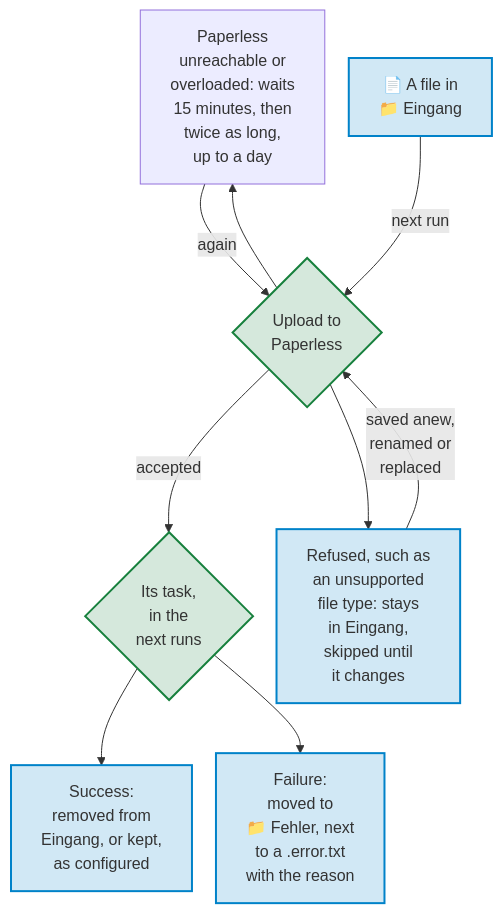
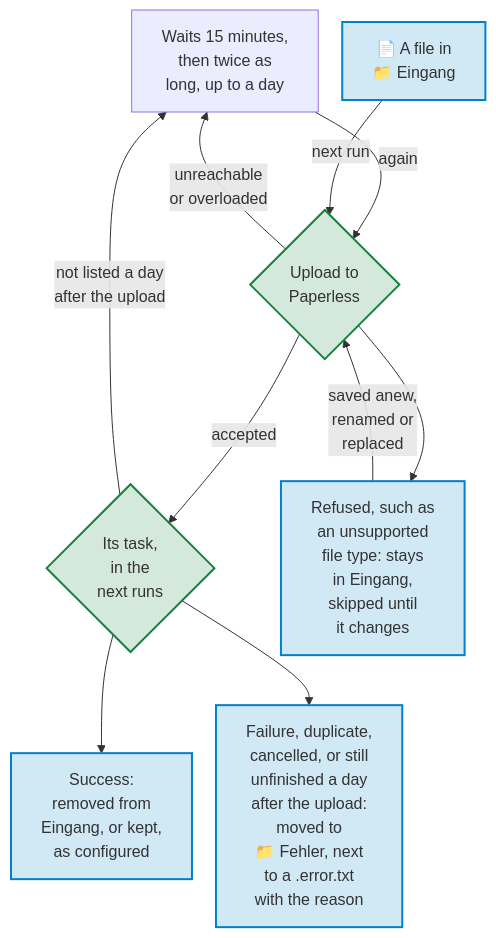
One commit to Dennis-Otto/paperless-sync changed the diagram in docs/diagrams/the-way-of-a-file-from-the-inbox-to-paperless.mmd. Above: the diagram before and after it, drawn with Mermaid. The commit also changed 53 other files, not shown here.

First line of the commit message:
fix(inbox)!: read Paperless 3.x task results, give up on lost tasks and pin the API version (#144)

```diff
--- a/docs/diagrams/the-way-of-a-file-from-the-inbox-to-paperless.mmd
+++ b/docs/diagrams/the-way-of-a-file-from-the-inbox-to-paperless.mmd
@@ -1,31 +1,32 @@
 ---
 config:
   flowchart:
     nodeSpacing: 24
 ---
 flowchart TB
     accTitle: The way of a file from the inbox to Paperless
-    accDescr: In the next run, a file in the folder Eingang is uploaded to Paperless. When Paperless is unreachable or overloaded, the file waits 15 minutes, then twice as long each time, up to a day, and is uploaded again. When Paperless refuses it, such as a file of an unsupported type, it stays in Eingang and is skipped until it is saved anew, renamed or replaced. When Paperless accepts it, the next runs follow its Paperless task while it is running: after success, the file is removed from Eingang or kept, as configured; after a failure, it moves to the folder Fehler, next to a .error.txt with the reason.
+    accDescr: In the next run, a file in the folder Eingang is uploaded to Paperless. When Paperless is unreachable or overloaded, the file waits 15 minutes, then twice as long each time, up to a day, and is uploaded again. When Paperless refuses it, such as a file of an unsupported type, it stays in Eingang and is skipped until it is saved anew, renamed or replaced. When Paperless accepts it, the next runs follow its Paperless task while it is running: after success, the file is removed from Eingang or kept, as configured; after a failure, a duplicate or a cancelled task, it moves to the folder Fehler, next to a .error.txt with the reason. A day after the upload, a file whose content Paperless has counts as imported; a task that Paperless still lists unfinished moves the file to Fehler, so that a second upload can't make a duplicate; and a task that Paperless doesn't list sends the file to the wait as well, and it is uploaded again.
 
-    %% The wait comes first, so that it is drawn above the upload and the diagram stays narrow.
-    retry["Paperless<br>unreachable or<br>overloaded: waits<br>15 minutes, then<br>twice as long,<br>up to a day"]
+    %% The wait takes the uploads that failed for a time and the tasks without an end back to the upload.
+    retry["Waits 15 minutes,<br>then twice as<br>long, up to a day"]
     file["📄 A file in<br>📁 Eingang"]
     upload{"Upload to<br>Paperless"}
     task{"Its task,<br>in the<br>next runs"}
     refused["Refused, such as<br>an unsupported<br>file type: stays<br>in Eingang,<br>skipped until<br>it changes"]
     done["Success:<br>removed from<br>Eingang, or kept,<br>as configured"]
-    failed["Failure:<br>moved to<br>📁 Fehler, next<br>to a .error.txt<br>with the reason"]
+    failed["Failure, duplicate,<br>cancelled, or still<br>unfinished a day<br>after the upload:<br>moved to<br>📁 Fehler, next<br>to a .error.txt<br>with the reason"]
 
     retry -- "again" --> upload
     file -- "next run" --> upload
-    upload --> retry
+    upload -- "unreachable<br>or overloaded" --> retry
     upload -- "accepted" --> task
     upload --> refused
     refused -- "saved anew,<br>renamed or<br>replaced" --> upload
     task --> done
     task --> failed
+    task -- "not listed a day<br>after the upload" --> retry
 
     classDef nextcloud fill:#0082c92e,stroke:#0082c9,stroke-width:2px
     classDef paperless fill:#17803d2e,stroke:#17803d,stroke-width:2px
     class file,refused,done,failed nextcloud
     class upload,task paperless
```
